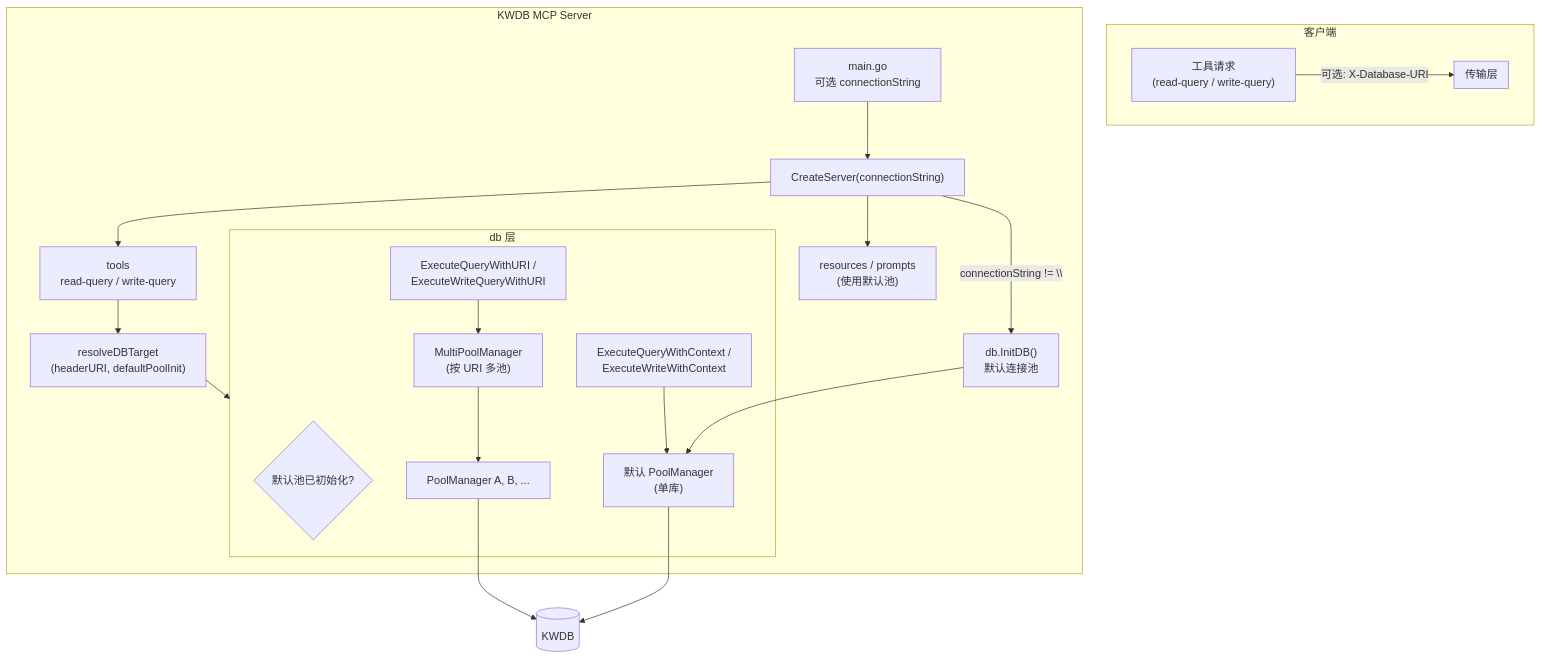
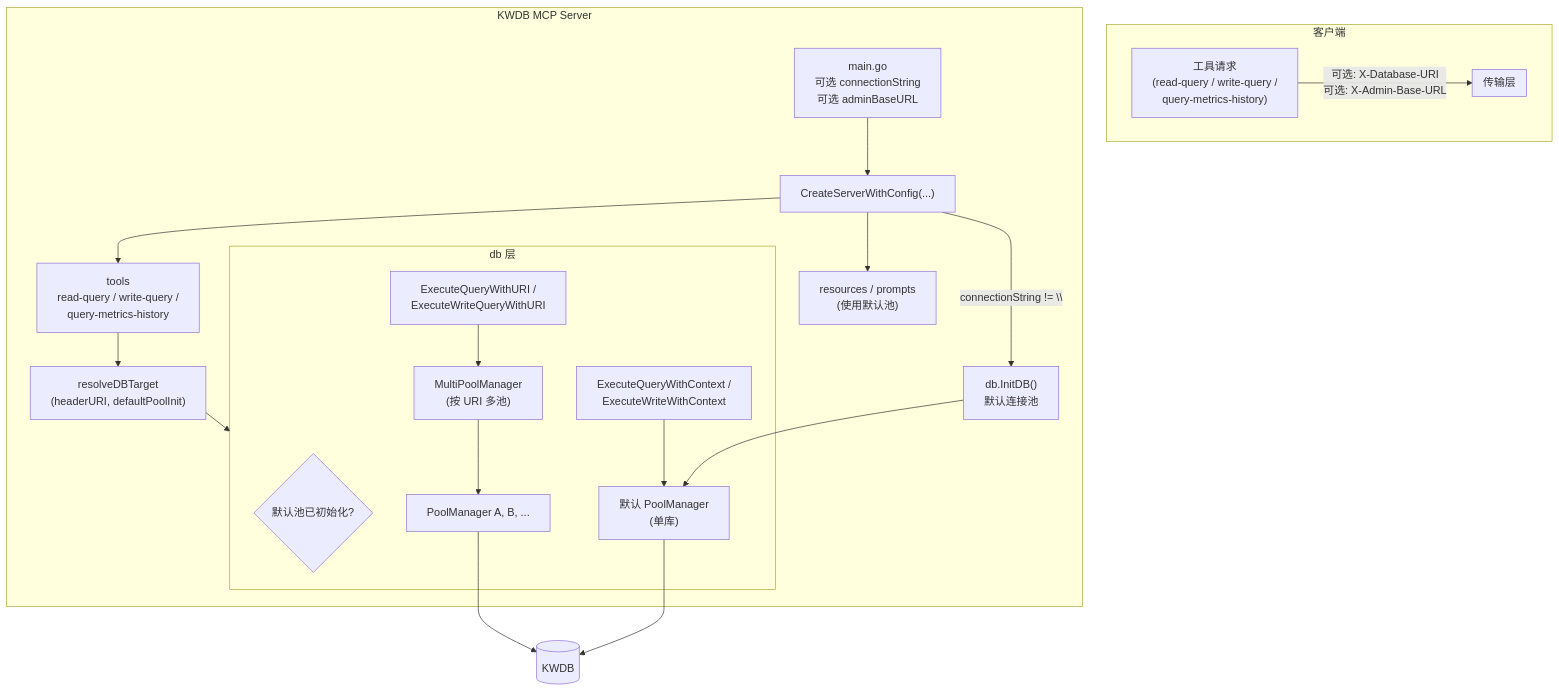
Before and after one commit to KWDB/kwdb-mcp-server: the first of 4 diagrams in docs/design-dual-mode-and-stateless.md, drawn with Mermaid. The commit also changed other lines of this file and 13 other files, not shown here.

Commit message:
feat: add metrics history tool

````diff
--- a/docs/design-dual-mode-and-stateless.md
+++ b/docs/design-dual-mode-and-stateless.md
@@ -38,37 +43,37 @@
 ```mermaid
 flowchart TB
     subgraph Client["客户端"]
-        Req["工具请求\n(read-query / write-query)"]
-        Req -->|"可选: X-Database-URI"| Transport
+        Req["工具请求\n(read-query / write-query /\nquery-metrics-history)"]
+        Req -->|"可选: X-Database-URI\n可选: X-Admin-Base-URL"| Transport
     end
 
     subgraph Transport["传输层"]
         Transport["StdIO / HTTP / SSE"]
     end
 
     subgraph Server["KWDB MCP Server"]
-        Main["main.go\n可选 connectionString"]
-        Main --> CreateServer["CreateServer(connectionString)"]
+        Main["main.go\n可选 connectionString\n可选 adminBaseURL"]
+        Main --> CreateServer["CreateServerWithConfig(...)"]
         CreateServer -->|"connectionString != \"\""| InitDB["db.InitDB()\n默认连接池"]
-        CreateServer --> Tools["tools\nread-query / write-query"]
+        CreateServer --> Tools["tools\nread-query / write-query /\nquery-metrics-history"]
         CreateServer --> Res["resources / prompts\n(使用默认池)"]
 
         Tools --> Resolve["resolveDBTarget\n(headerURI, defaultPoolInit)"]
         Resolve --> DB["db 层"]
     end
 
     subgraph DB["db 层"]
         IsDefault{"默认池已初始化?"}
         UseURI["ExecuteQueryWithURI /\nExecuteWriteQueryWithURI"]
         UseDefault["ExecuteQueryWithContext /\nExecuteWriteWithContext"]
         MultiMgr["MultiPoolManager\n(按 URI 多池)"]
         DefaultPool["默认 PoolManager\n(单库)"]
         UseURI --> MultiMgr
         UseDefault --> DefaultPool
         MultiMgr --> Pools["PoolManager A, B, ..."]
         InitDB --> DefaultPool
     end
 
     Pools --> KWDB[(KWDB)]
     DefaultPool --> KWDB
 ```
````
